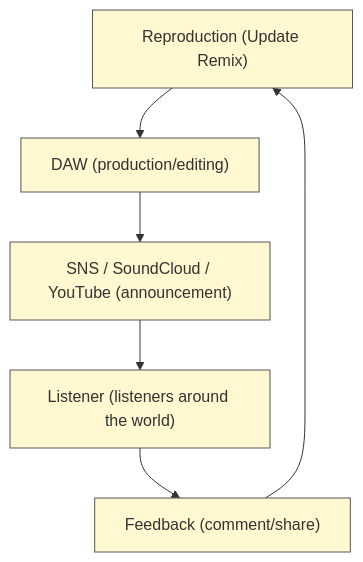
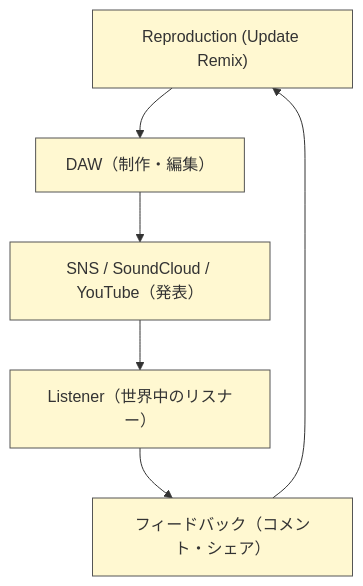
The first of 2 diagrams in en/_posts/2025-10-23-column-bedroom-producer-era.md (monumental-movement/monumental-movement.github.io), drawn with Mermaid before and after one commit. The commit also changed other lines of this file and 334 other files, not shown here.

```diff
--- a/en/_posts/2025-10-23-column-bedroom-producer-era.md
+++ b/en/_posts/2025-10-23-column-bedroom-producer-era.md
@@ -137,12 +137,12 @@
 <div class="mermaid">
 
 flowchart TD
-    A["Bedroom"] --> B["DAW (production/editing)"]
-    B --> C["SNS / SoundCloud / YouTube (announcement)"]
-    C --> D["Listener (listeners around the world)"]
-    D --> E["Feedback (comment/share)"]
+    A["Bedroom（個人空間）"] --> B["DAW（制作・編集）"]
+    B --> C["SNS / SoundCloud / YouTube（発表）"]
+    C --> D["Listener（世界中のリスナー）"]
+    D --> E["フィードバック（コメント・シェア）"]
     E --> A["Reproduction (Update Remix)"]
     classDef default fill:#fff8d1,stroke:#555,color:#333;
 
 
 </div>
```
